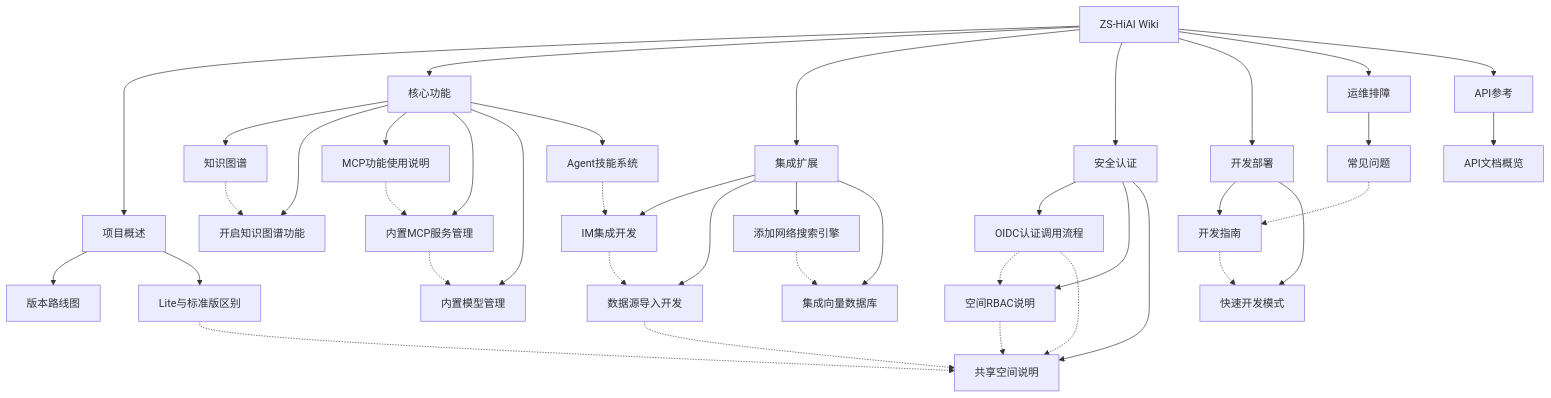
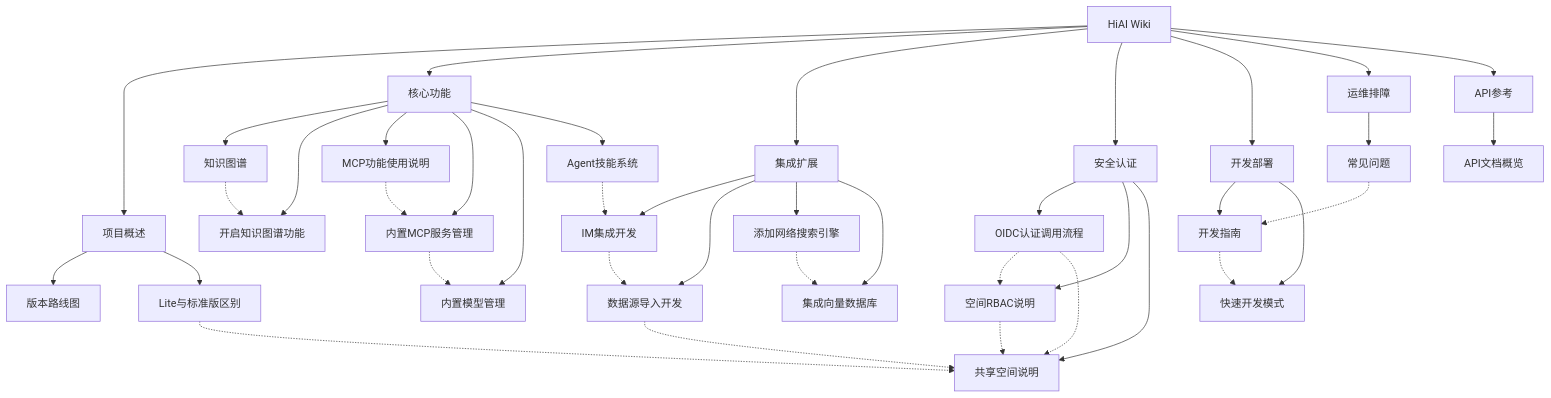
Before and after one commit to someonemaybe/WeKnora: the diagram in docs/wiki/Home.md, drawn with Mermaid. The commit also changed other lines of this file and 71 other files, not shown here.

````diff
--- a/docs/wiki/Home.md
+++ b/docs/wiki/Home.md
@@ -71,51 +71,51 @@
 ```mermaid
 graph TB
-    Home[ZS-HiAI Wiki]
+    Home[HiAI Wiki]
     Home --> 项目概述
     Home --> 核心功能
     Home --> 集成扩展
     Home --> 安全认证
     Home --> 开发部署
     Home --> 运维排障
     Home --> API参考
 
     项目概述 --> ROADMAP[版本路线图]
     项目概述 --> LITE[Lite与标准版区别]
 
     核心功能 --> KG[知识图谱]
     核心功能 --> KGSetup[开启知识图谱功能]
     核心功能 --> MCP[MCP功能使用说明]
     核心功能 --> BuiltinMCP[内置MCP服务管理]
     核心功能 --> BuiltinModel[内置模型管理]
     核心功能 --> Skills[Agent技能系统]
 
     集成扩展 --> IM[IM集成开发]
     集成扩展 --> DS[数据源导入开发]
     集成扩展 --> WebSearch[添加网络搜索引擎]
     集成扩展 --> VecDB[集成向量数据库]
 
     安全认证 --> OIDC[OIDC认证调用流程]
     安全认证 --> RBAC[空间RBAC说明]
     安全认证 --> SharedSpace[共享空间说明]
 
     开发部署 --> DevGuide[开发指南]
     开发部署 --> QuickDev[快速开发模式]
 
     运维排障 --> FAQ[常见问题]
 
     API参考 --> APIOverview[API文档概览]
 
     KG -.-> KGSetup
     MCP -.-> BuiltinMCP
     BuiltinMCP -.-> BuiltinModel
     Skills -.-> IM
     IM -.-> DS
     DS -.-> SharedSpace
     OIDC -.-> RBAC
     RBAC -.-> SharedSpace
     OIDC -.-> SharedSpace
     LITE -.-> SharedSpace
     WebSearch -.-> VecDB
     DevGuide -.-> QuickDev
     FAQ -.-> DevGuide
 ```
````
